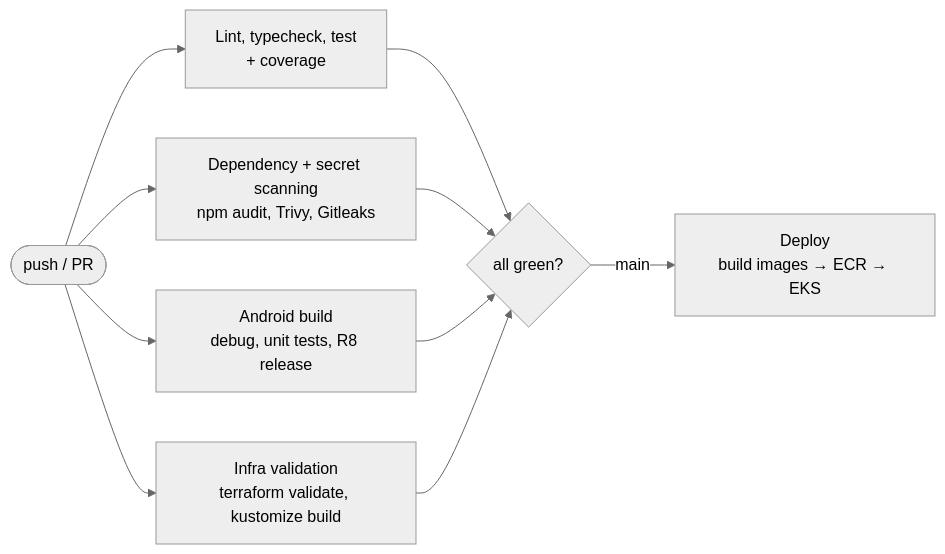
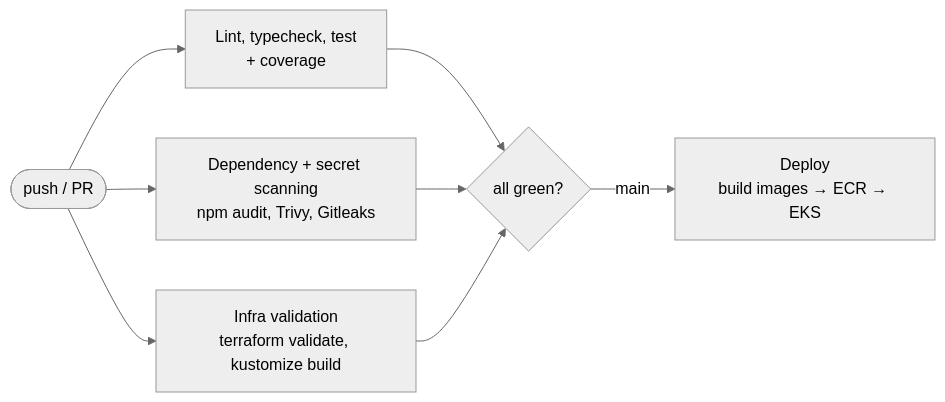
Before and after one commit to ahmedselimmansor-ctrl/Sunshop-e-ccomerce-MERN-stack: the tenth of 10 diagrams in README.md, drawn with Mermaid (neutral theme). The commit also changed other lines of this file and 65 other files, not shown here.

````diff
--- a/README.md
+++ b/README.md
@@ -691,13 +678,11 @@
 ```mermaid
 flowchart LR
     P([push / PR]) --> B[Lint, typecheck, test<br/>+ coverage]
     P --> S[Dependency + secret scanning<br/>npm audit, Trivy, Gitleaks]
-    P --> M[Android build<br/>debug, unit tests, R8 release]
     P --> I[Infra validation<br/>terraform validate, kustomize build]
 
     B --> G{all green?}
     S --> G
-    M --> G
     I --> G
     G -->|main| D[Deploy<br/>build images → ECR → EKS]
 ```
````
